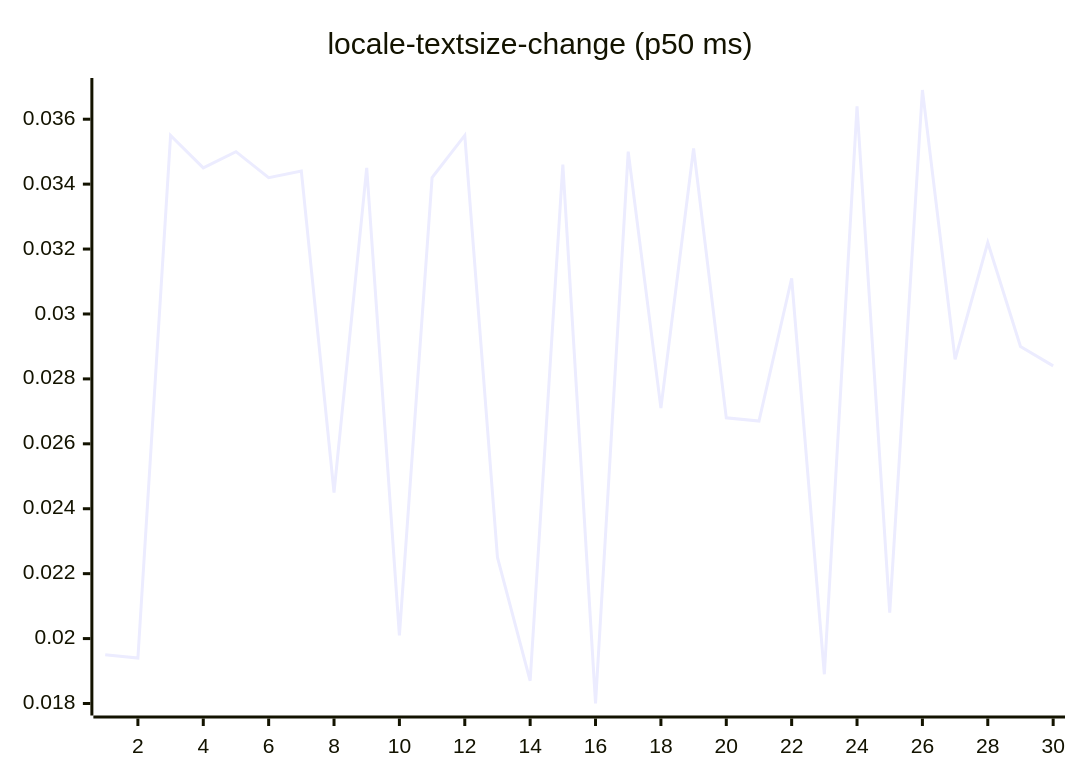
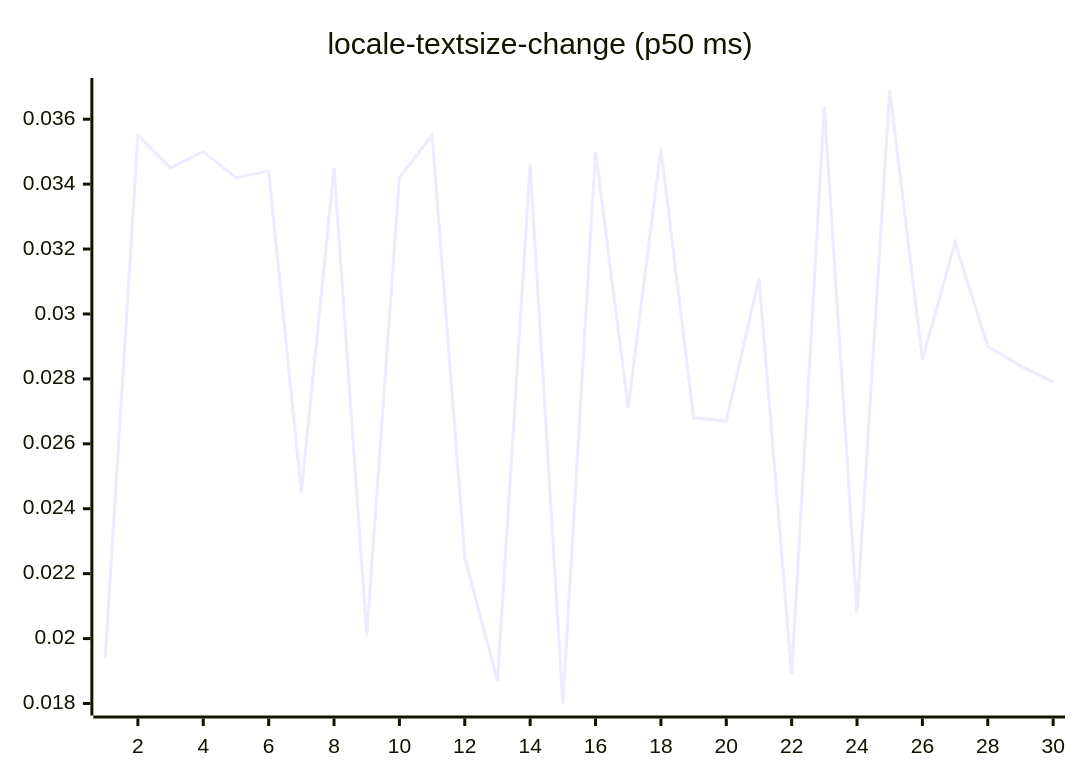
Diagram 13 of 27 in README.md (josha/Facet), drawn with Mermaid before and after one commit. The commit also changed other lines of this file and 2 other files, not shown here.

````diff
--- a/README.md
+++ b/README.md
@@ -147,6 +147,6 @@
 ```mermaid
 xychart-beta
     title "locale-textsize-change (p50 ms)"
     x-axis 1 --> 30
-    line [0.0195, 0.0194, 0.0355, 0.0345, 0.0350, 0.0342, 0.0344, 0.0245, 0.0345, 0.0201, 0.0342, 0.0355, 0.0225, 0.0187, 0.0346, 0.0180, 0.0350, 0.0271, 0.0351, 0.0268, 0.0267, 0.0311, 0.0189, 0.0364, 0.0208, 0.0369, 0.0286, 0.0322, 0.0290, 0.0284]
+    line [0.0194, 0.0355, 0.0345, 0.0350, 0.0342, 0.0344, 0.0245, 0.0345, 0.0201, 0.0342, 0.0355, 0.0225, 0.0187, 0.0346, 0.0180, 0.0350, 0.0271, 0.0351, 0.0268, 0.0267, 0.0311, 0.0189, 0.0364, 0.0208, 0.0369, 0.0286, 0.0322, 0.0290, 0.0284, 0.0279]
 ```
````
